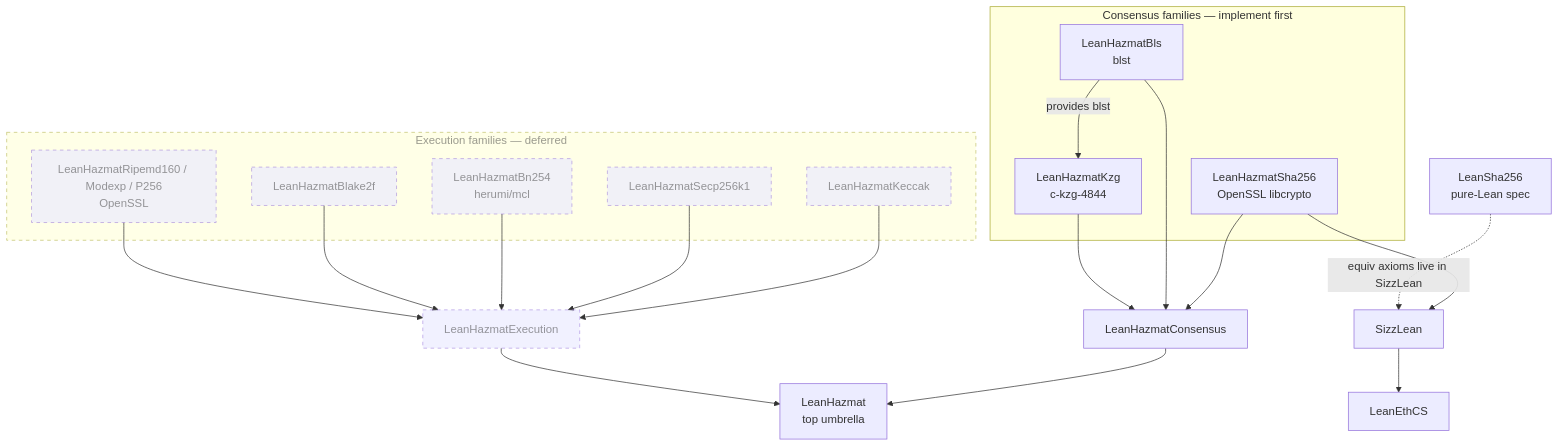
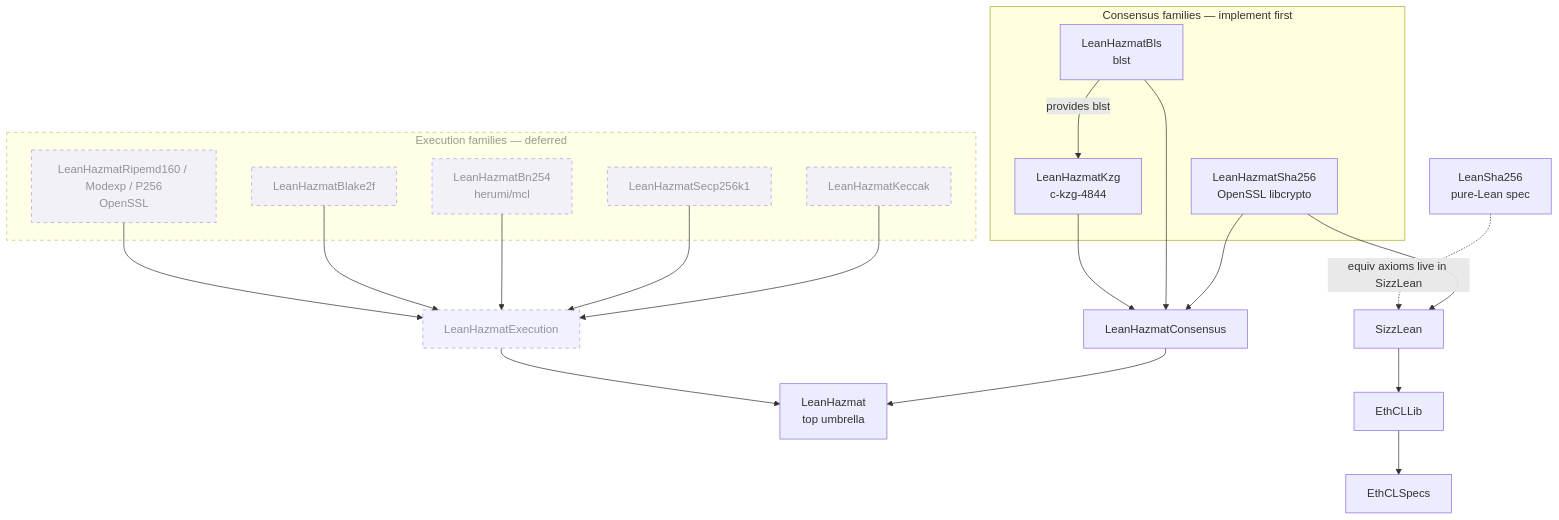
Before and after one commit to etheorem/etheorem: the first of 2 diagrams in hazmat-docs/ARCHITECTURE.md, drawn with Mermaid. The commit also changed other lines of this file and 30 other files, not shown here.

First line of the commit message:
docs: update references from LeanEthCS to EthCLLib / EthCLSpecs

````diff
--- a/hazmat-docs/ARCHITECTURE.md
+++ b/hazmat-docs/ARCHITECTURE.md
@@ -67,37 +68,38 @@
 ```mermaid
 graph TD
     subgraph consensus["Consensus families — implement first"]
       Sha256[LeanHazmatSha256<br/>OpenSSL libcrypto]
       Bls[LeanHazmatBls<br/>blst]
       Kzg[LeanHazmatKzg<br/>c-kzg-4844]
     end
     subgraph execution["Execution families — deferred"]
       Keccak[LeanHazmatKeccak]
       Secp[LeanHazmatSecp256k1]
       Bn254[LeanHazmatBn254<br/>herumi/mcl]
       Blake2f[LeanHazmatBlake2f]
       OsslEL[LeanHazmatRipemd160 / Modexp / P256<br/>OpenSSL]
     end
 
     Bls -->|provides blst| Kzg
 
     Sha256 --> Consensus[LeanHazmatConsensus]
     Bls --> Consensus
     Kzg --> Consensus
 
     Keccak --> Execution[LeanHazmatExecution]
     Secp --> Execution
     Bn254 --> Execution
     Blake2f --> Execution
     OsslEL --> Execution
 
     Consensus --> Top[LeanHazmat<br/>top umbrella]
     Execution --> Top
 
     Sha256 --> SizzLean
     Spec[LeanSha256<br/>pure-Lean spec] -.equiv axioms live in SizzLean.-> SizzLean
-    SizzLean --> LeanEthCS
+    SizzLean --> EthCLLib
+    EthCLLib --> EthCLSpecs
 
     classDef deferred stroke-dasharray: 5 5,opacity:0.7;
     class execution,Keccak,Secp,Bn254,Blake2f,OsslEL,Execution deferred;
 ```
````
